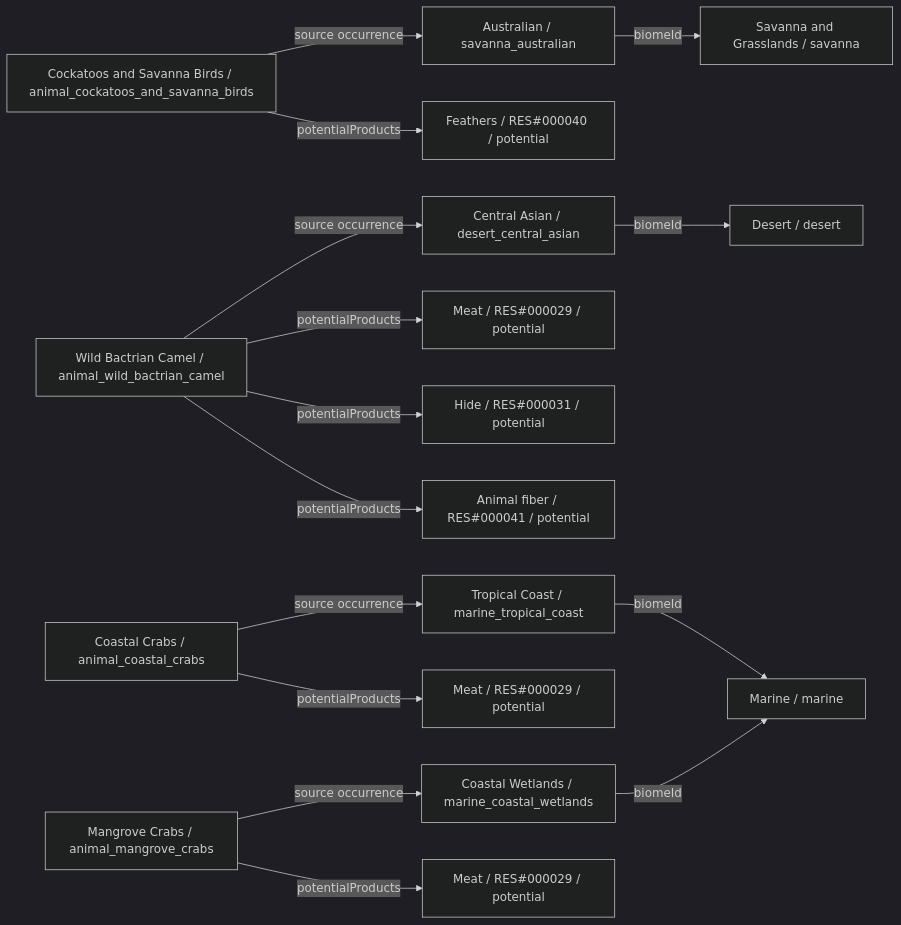
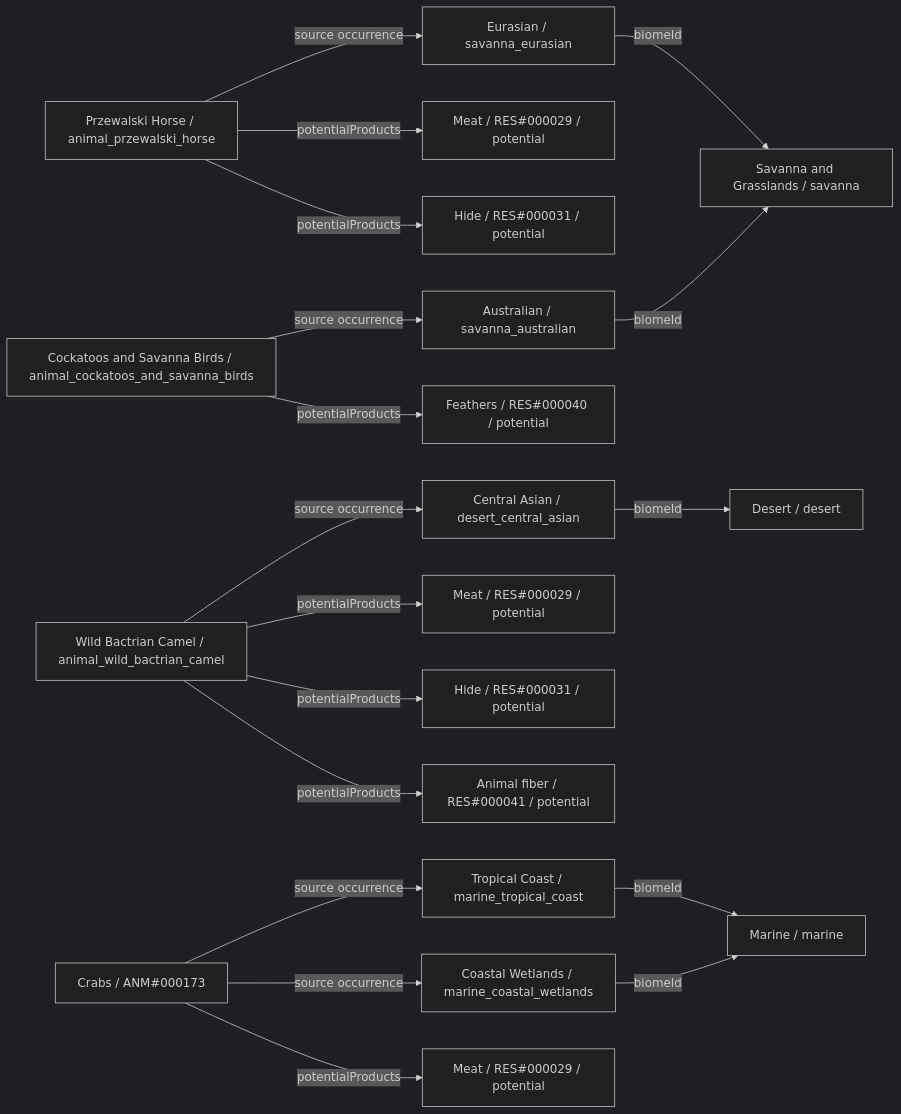
The fourth of 26 diagrams in data/animals/DIAGRAMS.md (fgabo404/EvolveDoc), drawn with Mermaid (dark theme) before and after one commit. The commit also changed other lines of this file and 59 other files, not shown here.

````diff
--- a/data/animals/DIAGRAMS.md
+++ b/data/animals/DIAGRAMS.md
@@ -318,34 +252,39 @@
 ```mermaid
 flowchart LR
-    c0["Cockatoos and Savanna Birds / animal_cockatoos_and_savanna_birds"]
+    c0["Przewalski Horse / animal_przewalski_horse"]
+    v13["Eurasian / savanna_eurasian"]
+    b3["Savanna and Grasslands / savanna"]
+    o0_0["Meat / RES#000029 / potential"]
+    o0_1["Hide / RES#000031 / potential"]
+    c1["Cockatoos and Savanna Birds / animal_cockatoos_and_savanna_birds"]
     v14["Australian / savanna_australian"]
-    b3["Savanna and Grasslands / savanna"]
-    o0_0["Feathers / RES#000040 / potential"]
-    c1["Wild Bactrian Camel / animal_wild_bactrian_camel"]
+    o1_0["Feathers / RES#000040 / potential"]
+    c2["Wild Bactrian Camel / animal_wild_bactrian_camel"]
     v17["Central Asian / desert_central_asian"]
     b4["Desert / desert"]
-    o1_0["Meat / RES#000029 / potential"]
-    o1_1["Hide / RES#000031 / potential"]
-    o1_2["Animal fiber / RES#000041 / potential"]
-    c2["Coastal Crabs / animal_coastal_crabs"]
+    o2_0["Meat / RES#000029 / potential"]
+    o2_1["Hide / RES#000031 / potential"]
+    o2_2["Animal fiber / RES#000041 / potential"]
+    c3["Crabs / ANM#000173"]
     v19["Tropical Coast / marine_tropical_coast"]
     b5["Marine / marine"]
-    o2_0["Meat / RES#000029 / potential"]
-    c3["Mangrove Crabs / animal_mangrove_crabs"]
     v22["Coastal Wetlands / marine_coastal_wetlands"]
     o3_0["Meat / RES#000029 / potential"]
     c0 -->|potentialProducts| o0_0
-    c0 -->|source occurrence| v14
+    c0 -->|potentialProducts| o0_1
+    c0 -->|source occurrence| v13
     c1 -->|potentialProducts| o1_0
-    c1 -->|potentialProducts| o1_1
-    c1 -->|potentialProducts| o1_2
-    c1 -->|source occurrence| v17
+    c1 -->|source occurrence| v14
     c2 -->|potentialProducts| o2_0
-    c2 -->|source occurrence| v19
+    c2 -->|potentialProducts| o2_1
+    c2 -->|potentialProducts| o2_2
+    c2 -->|source occurrence| v17
     c3 -->|potentialProducts| o3_0
+    c3 -->|source occurrence| v19
     c3 -->|source occurrence| v22
+    v13 -->|biomeId| b3
     v14 -->|biomeId| b3
     v17 -->|biomeId| b4
     v19 -->|biomeId| b5
     v22 -->|biomeId| b5
 ```
````
